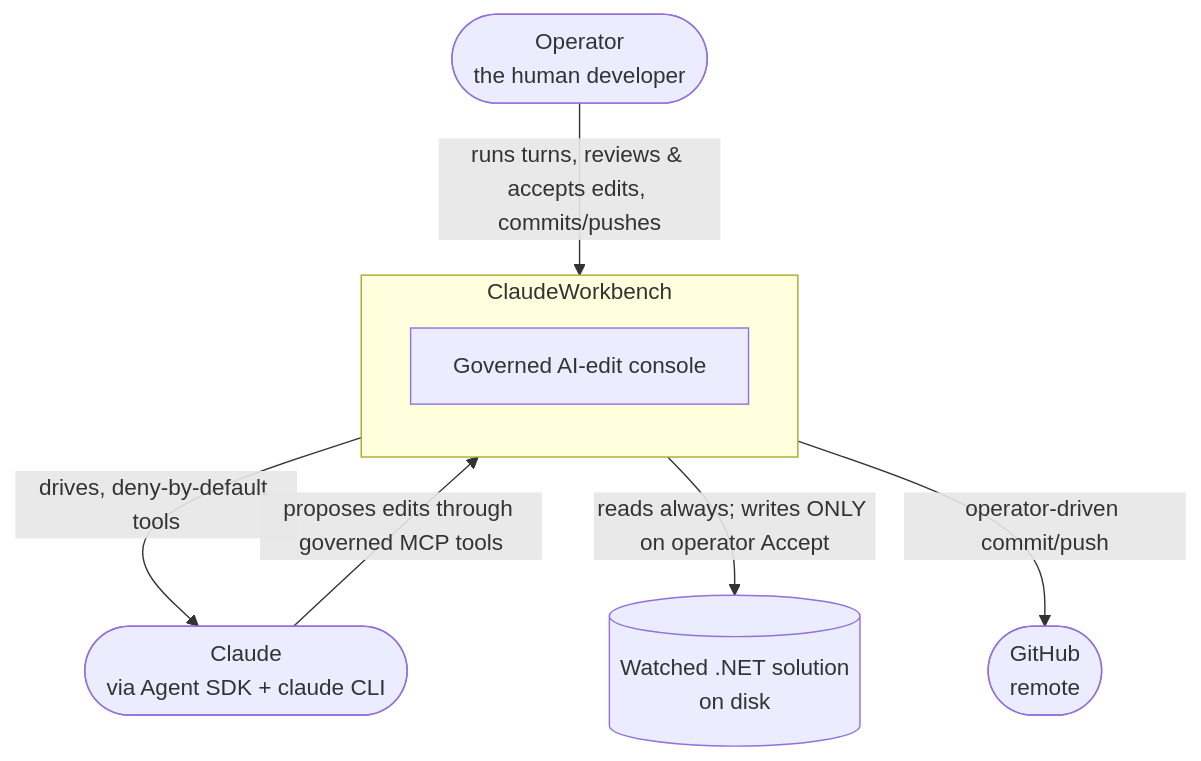
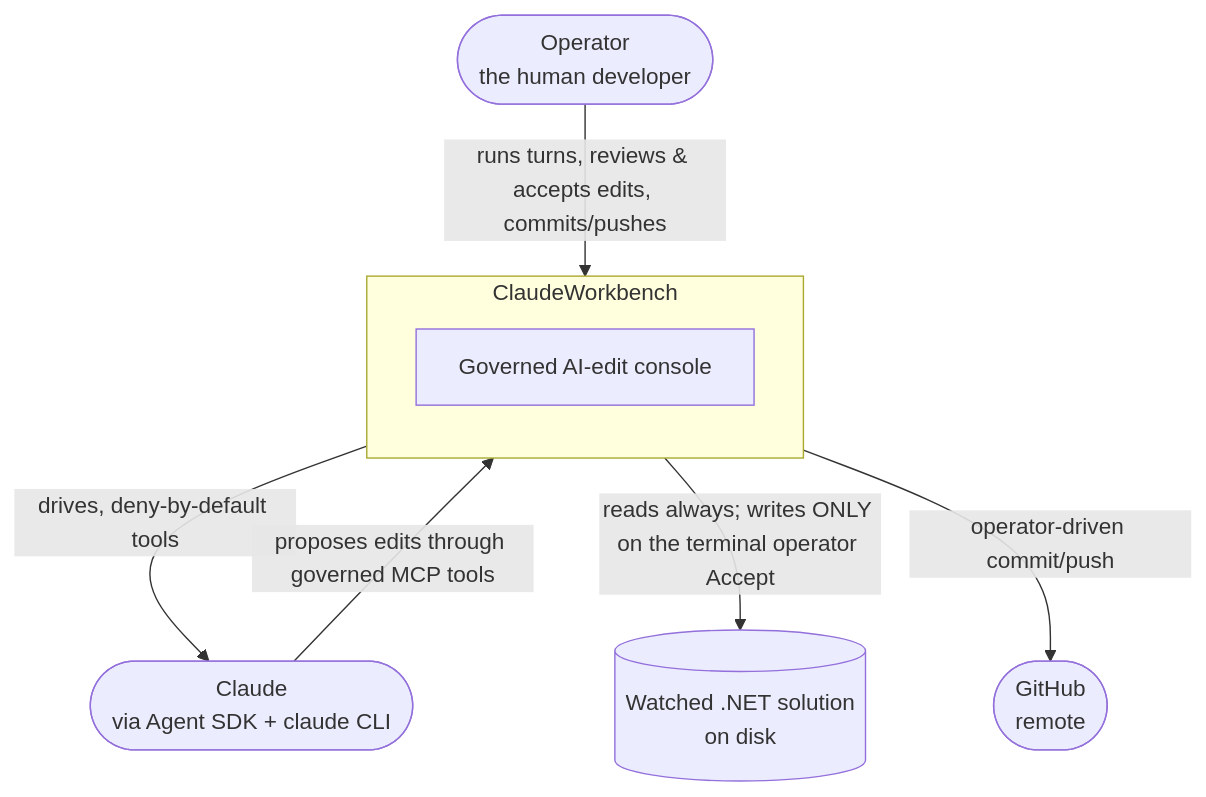
One commit to rdavi10471a2/ClaudeWorkbench changed the first of 5 diagrams in docs/architecture/Architecture.md. Above: the diagram before and after it, drawn with Mermaid. The commit also changed other lines of this file and 1 other file, not shown here.

First line of the commit message:
docs: describe session-atomic accept (ADR-0005)

````diff
--- a/docs/architecture/Architecture.md
+++ b/docs/architecture/Architecture.md
@@ -17,17 +17,17 @@
 ```mermaid
 flowchart TB
     operator([Operator<br/>the human developer])
     subgraph CWB[ClaudeWorkbench]
         direction TB
         note[Governed AI-edit console]
     end
     claude([Claude<br/>via Agent SDK + claude CLI])
     watched[(Watched .NET solution<br/>on disk)]
     github([GitHub<br/>remote])
 
     operator -->|runs turns, reviews & accepts edits, commits/pushes| CWB
     CWB -->|drives, deny-by-default tools| claude
     claude -->|proposes edits through governed MCP tools| CWB
-    CWB -->|reads always; writes ONLY on operator Accept| watched
+    CWB -->|reads always; writes ONLY on the terminal operator Accept| watched
     CWB -->|operator-driven commit/push| github
 ```
````
